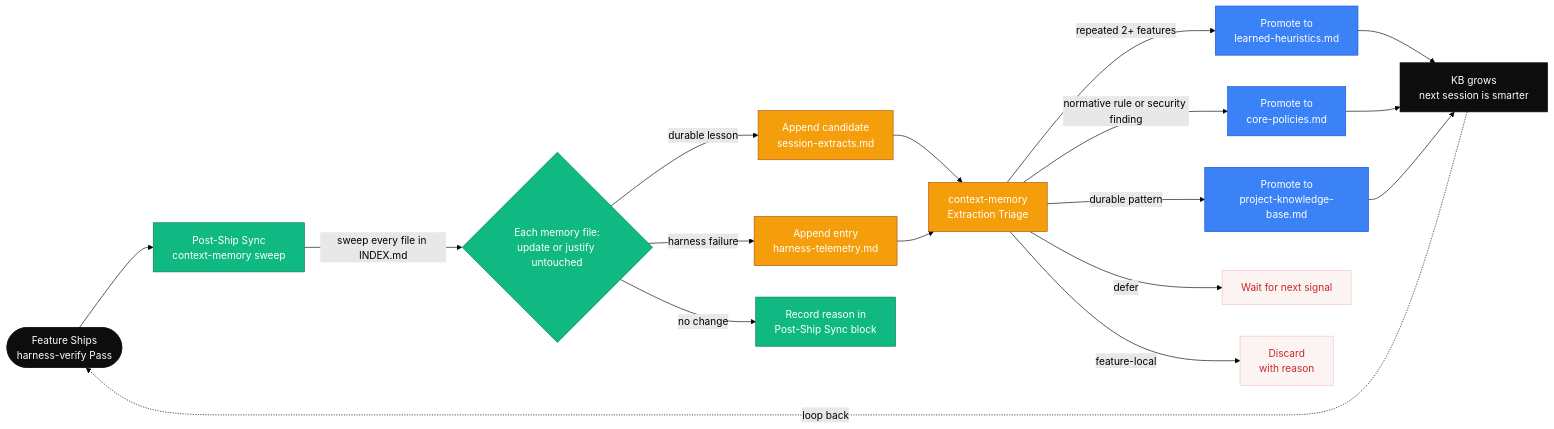
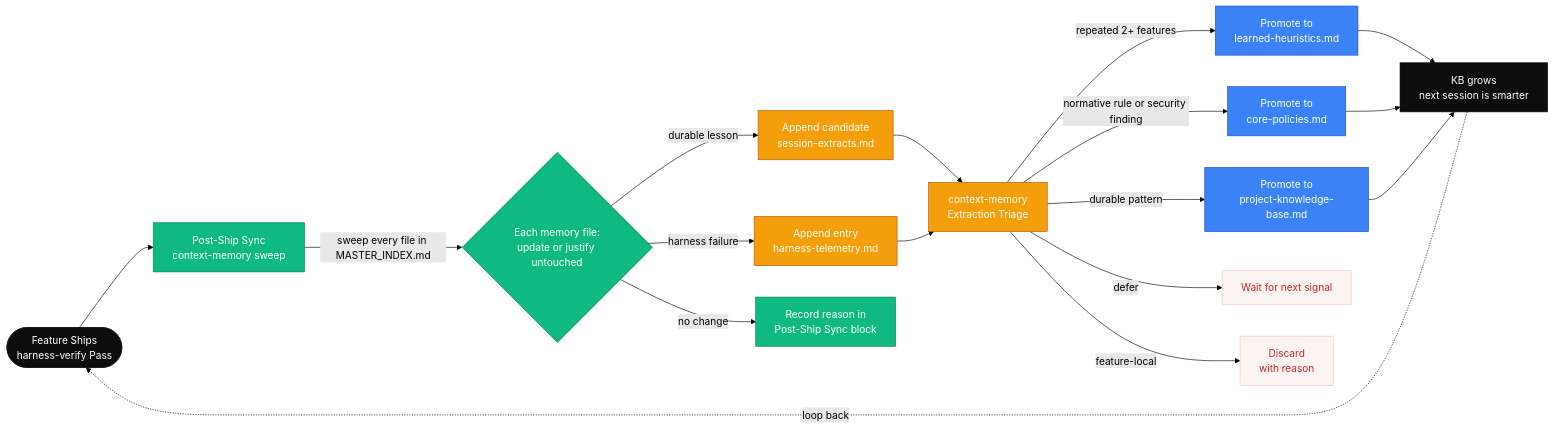
The second of 3 diagrams in documents/memory.md (thaihai-swe/CoreZero-Nexus), drawn with Mermaid (forest theme) before and after one commit. The commit also changed other lines of this file and 61 other files, not shown here.

````diff
--- a/documents/memory.md
+++ b/documents/memory.md
@@ -181,39 +181,39 @@
 ```mermaid
 flowchart LR
     %% Self-Improving KB Loop — ship to extract to triage to promote
 
     SHIP([Feature Ships<br/>harness-verify Pass]) --> SYNC[Post-Ship Sync<br/>context-memory sweep]
 
-    SYNC -->|sweep every file in INDEX.md| FILES{Each memory file:<br/>update or justify untouched}
+    SYNC -->|sweep every file in MASTER_INDEX.md| FILES{Each memory file:<br/>update or justify untouched}
 
     FILES -->|durable lesson| EXT[Append candidate<br/>session-extracts.md]
     FILES -->|harness failure| OBS[Append entry<br/>harness-telemetry.md]
     FILES -->|no change| RECORD[Record reason in<br/>Post-Ship Sync block]
 
     EXT --> TRIAGE[context-memory<br/>Extraction Triage]
     OBS --> TRIAGE
 
     TRIAGE -->|repeated 2+ features| HEUR[Promote to<br/>learned-heuristics.md]
     TRIAGE -->|normative rule or security finding| CONST[Promote to<br/>core-policies.md]
     TRIAGE -->|durable pattern| PKB[Promote to<br/>project-knowledge-base.md]
     TRIAGE -->|defer| DEF[Wait for next signal]
     TRIAGE -->|feature-local| DISC[Discard<br/>with reason]
 
     HEUR --> SMARTER[KB grows<br/>next session is smarter]
     CONST --> SMARTER
     PKB --> SMARTER
 
     SMARTER -.->|loop back| SHIP
 
     classDef terminal fill:#0d0d0d,stroke:#0d0d0d,color:#fff
     classDef sync fill:#10b981,stroke:#047857,color:#fff
     classDef triage fill:#f59e0b,stroke:#b45309,color:#fff
     classDef promote fill:#3b82f6,stroke:#1d4ed8,color:#fff
     classDef discard fill:#fcf3f3,stroke:#f2c4c4,color:#c62828
 
     class SHIP,SMARTER terminal
     class SYNC,FILES,RECORD sync
     class TRIAGE,EXT,OBS triage
     class HEUR,CONST,PKB,SEC promote
     class DEF,DISC discard
 ```
````
